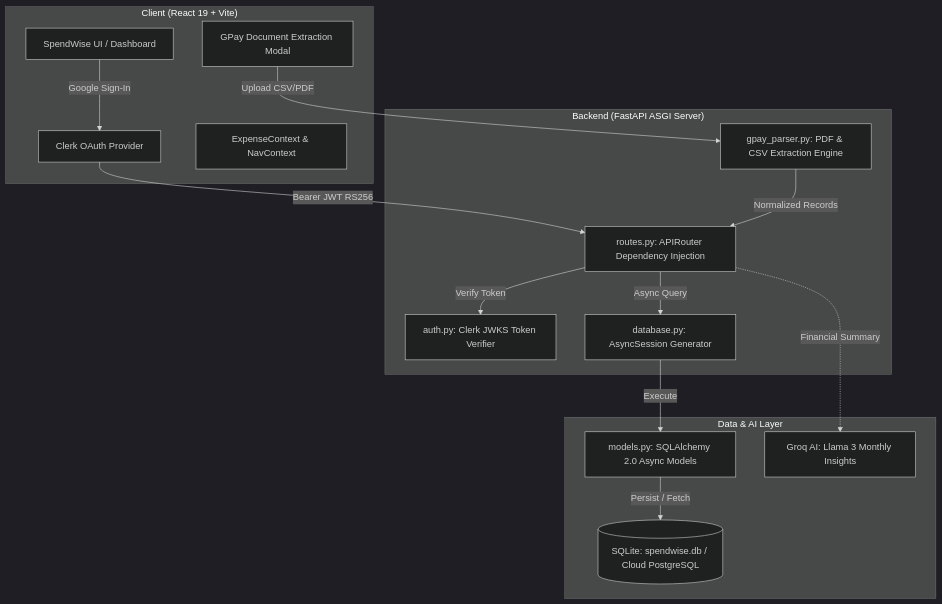
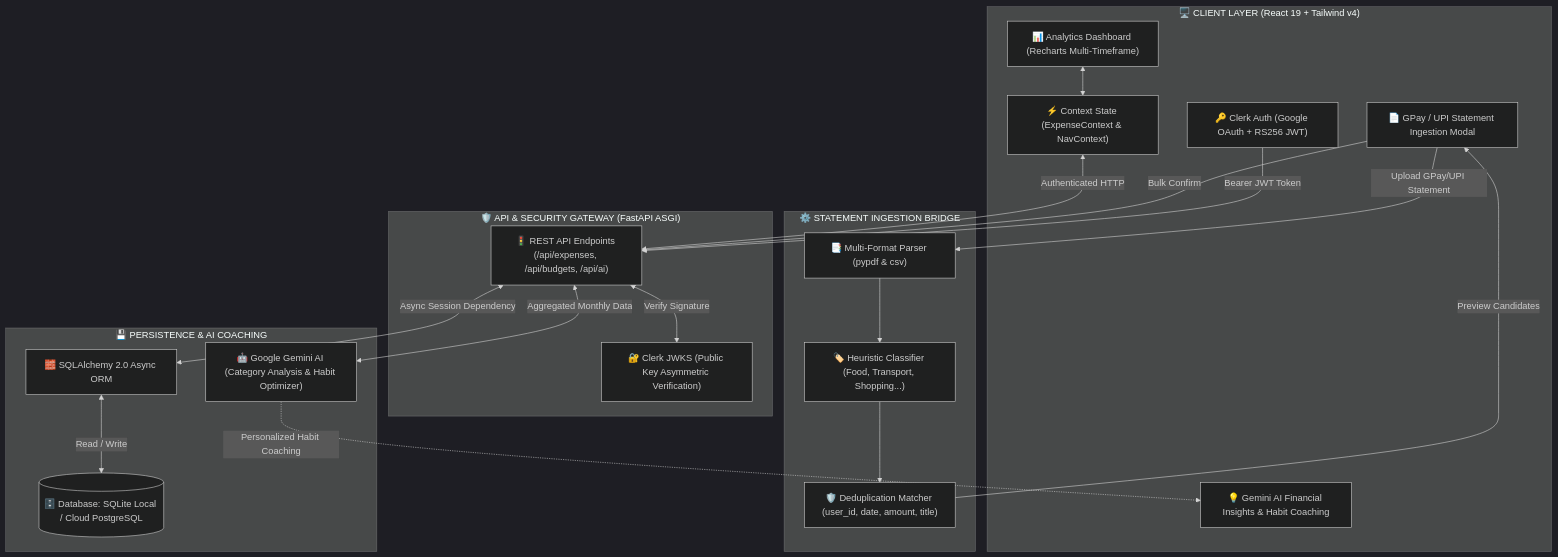
Before and after one commit to GOKULSIVA123/spendwise_01: the diagram in README.md, drawn with Mermaid (dark theme). The commit also changed other lines of this file, not shown here.

Commit message:
docs: reframe SpendWise around Gemini AI financial habit optimization

````diff
--- a/README.md
+++ b/README.md
@@ -66,32 +47,49 @@
 ```mermaid
-graph TD
-    subgraph Client ["Client (React 19 + Vite)"]
-        UI[SpendWise UI / Dashboard]
-        AuthClient[Clerk OAuth Provider]
-        Context[ExpenseContext & NavContext]
-        UploadModal[GPay Document Extraction Modal]
+flowchart TD
+    %% CLIENT LAYER
+    subgraph Client ["🖥️ CLIENT LAYER (React 19 + Tailwind v4)"]
+        Dashboard["📊 Analytics Dashboard (Recharts Multi-Timeframe)"]
+        Auth["🔑 Clerk Auth (Google OAuth + RS256 JWT)"]
+        UploadModal["📄 GPay / UPI Statement Ingestion Modal"]
+        AISection["💡 Gemini AI Financial Insights & Habit Coaching"]
+        Context["⚡ Context State (ExpenseContext & NavContext)"]
     end
 
-    subgraph Backend ["Backend (FastAPI ASGI Server)"]
-        JWKS[auth.py: Clerk JWKS Token Verifier]
-        Routes[routes.py: APIRouter Dependency Injection]
-        Parser[gpay_parser.py: PDF & CSV Extraction Engine]
-        DBSession[database.py: AsyncSession Generator]
+    %% SECURITY & GATEWAY
+    subgraph Gateway ["🛡️ API & SECURITY GATEWAY (FastAPI ASGI)"]
+        JWKS["🔐 Clerk JWKS (Public Key Asymmetric Verification)"]
+        Router["🚦 REST API Endpoints (/api/expenses, /api/budgets, /api/ai)"]
     end
 
-    subgraph DataLayer ["Data & AI Layer"]
-        ORM[models.py: SQLAlchemy 2.0 Async Models]
-        DB[(SQLite: spendwise.db / Cloud PostgreSQL)]
-        Groq[Groq AI: Llama 3 Monthly Insights]
+    %% DOCUMENT INGESTION BRIDGE
+    subgraph DocBridge ["⚙️ STATEMENT INGESTION BRIDGE"]
+        FileParser["📑 Multi-Format Parser (pypdf & csv)"]
+        Categorizer["🏷️ Heuristic Classifier (Food, Transport, Shopping...)"]
+        Dedup["🛡️ Deduplication Matcher (user_id, date, amount, title)"]
     end
 
-    UI -->|Google Sign-In| AuthClient
-    AuthClient -->|Bearer JWT RS256| Routes
-    Routes -->|Verify Token| JWKS
-    UploadModal -->|Upload CSV/PDF| Parser
-    Parser -->|Normalized Records| Routes
-    Routes -->|Async Query| DBSession
-    DBSession -->|Execute| ORM
-    ORM -->|Persist / Fetch| DB
-    Routes -.->|Financial Summary| Groq
+    %% PERSISTENCE & AI
+    subgraph DataLayer ["💾 PERSISTENCE & AI COACHING"]
+        ORM["🧱 SQLAlchemy 2.0 Async ORM"]
+        DB[("🗄️ Database: SQLite Local / Cloud PostgreSQL")]
+        Gemini["🤖 Google Gemini AI (Category Analysis & Habit Optimizer)"]
+    end
+
+    %% FLOW CONNECTIONS
+    Auth -->|Bearer JWT Token| Router
+    Router <-->|Verify Signature| JWKS
+    
+    UploadModal -->|Upload GPay/UPI Statement| FileParser
+    FileParser --> Categorizer
+    Categorizer --> Dedup
+    Dedup -->|Preview Candidates| UploadModal
+    UploadModal -->|Bulk Confirm| Router
+
+    Dashboard <--> Context
+    Context <-->|Authenticated HTTP| Router
+
+    Router <-->|Async Session Dependency| ORM
+    ORM <-->|Read / Write| DB
+    Router <-->|Aggregated Monthly Data| Gemini
+    Gemini -.->|Personalized Habit Coaching| AISection
 ```
````
